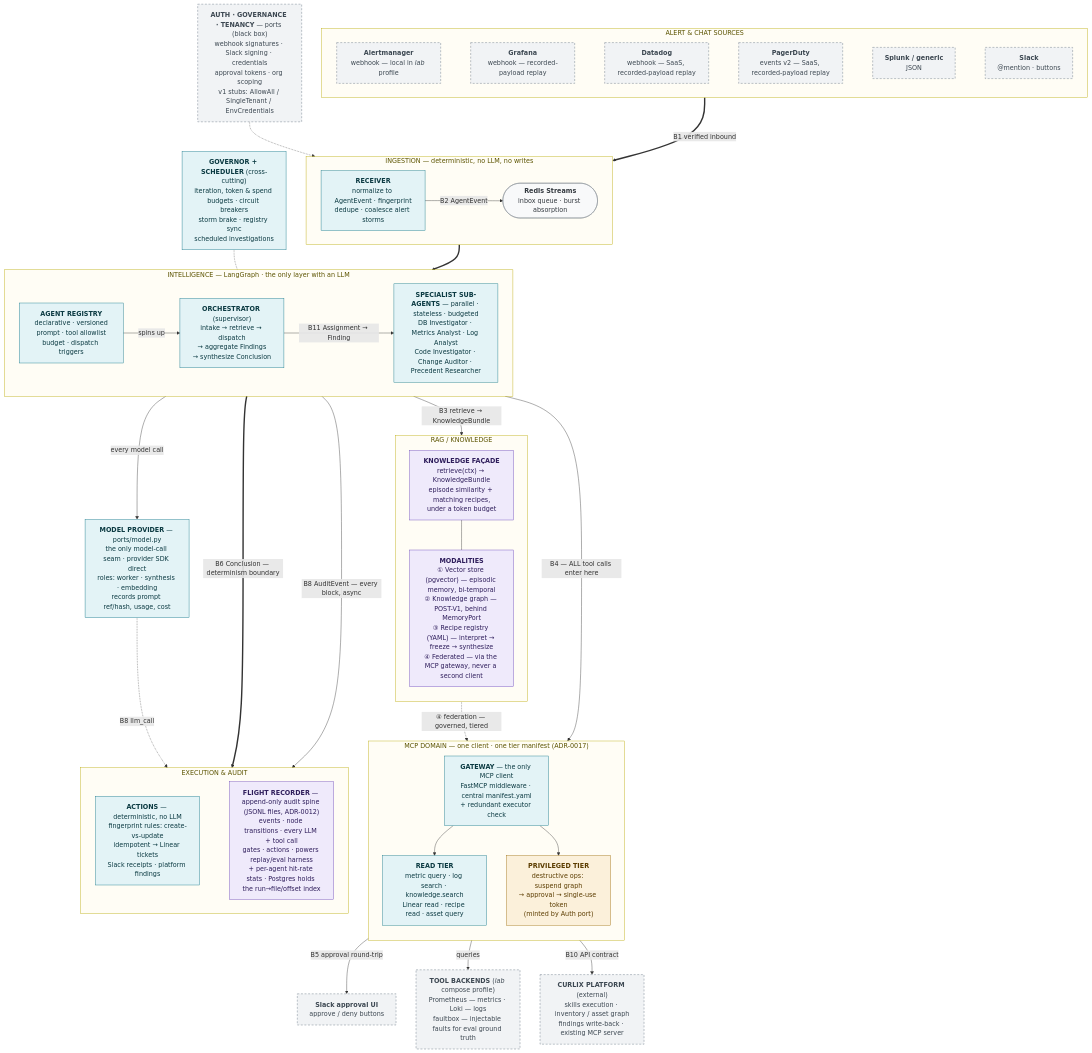
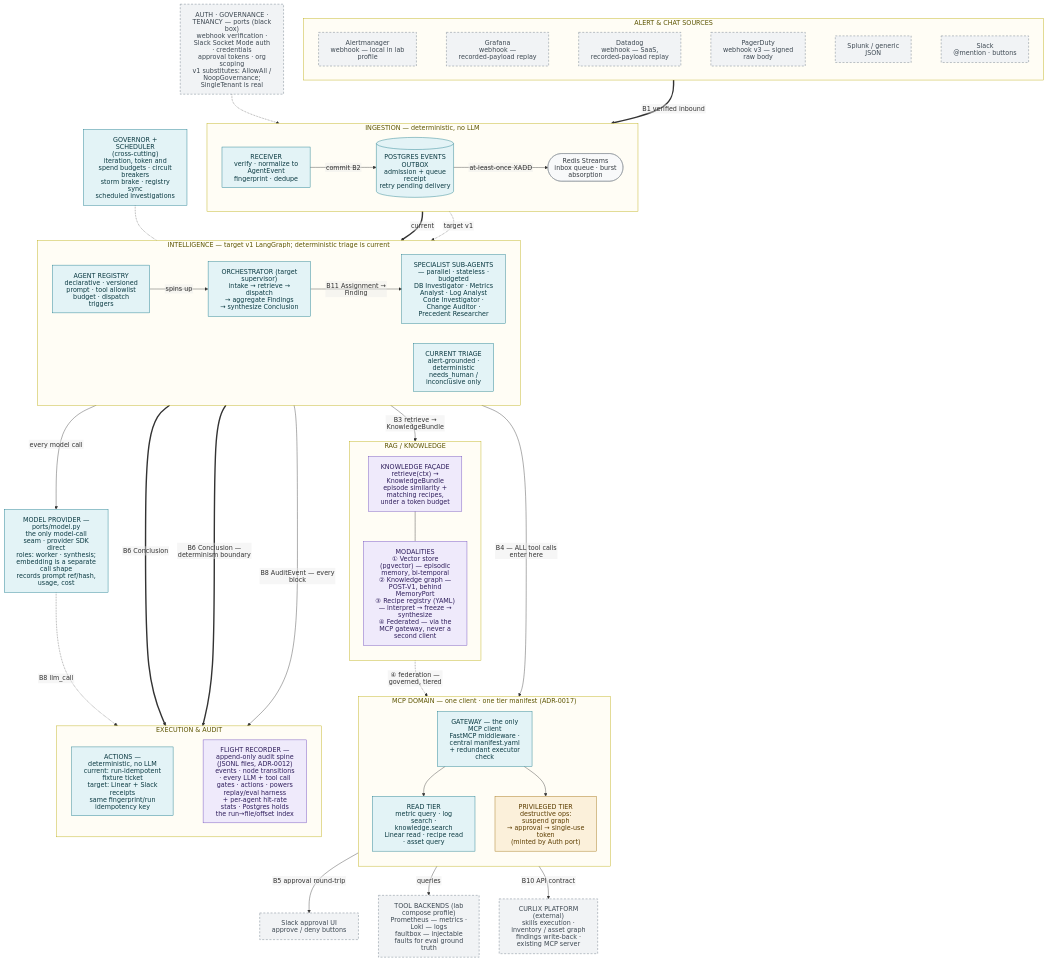
The diagram in architecture/smokejumper-architecture.mmd (neerazz/smokejumper), drawn with Mermaid before and after one commit. The commit also changed 50 other files, not shown here.

First line of the commit message:
fix: enforce durable event delivery invariants

```diff
--- a/architecture/smokejumper-architecture.mmd
+++ b/architecture/smokejumper-architecture.mmd
@@ -1,120 +1,130 @@
 %% Smokejumper — High-Level Architecture (v1, updated 2026-07-26)
 %% Viewpoint: layered container view of the agentic SRE messaging bot core.
 %% Audience: contributors (platform seam = B10). One question answered:
 %%   "What are the blocks, the boundary contracts between them, and which parts
 %%    are core (build) vs black-box ports (stubbed, platform provides later)?"
-%% Editing: this .mmd is the source of truth; re-render the SVG with:
-%%   npx -y @mermaid-js/mermaid-cli -i smokejumper-architecture.mmd -o smokejumper-architecture.svg
+%% Editing: this .mmd is the source of truth; re-render the portable SVG with:
+%%   python3 scripts/render_architecture.py
 %% Styling: teal = core (you build) · dashed grey = black-box port / external ·
 %%          amber = approval-gated · violet = knowledge / audit spine.
 %% Topology (SPEC decision 17): three deployed services — postgres+pgvector, redis, app.
 %%   There is no proxy tier: our MCP servers run inside the app process and the model
 %%   port calls the provider SDK directly. Post-v1, and therefore absent here: the
 %%   knowledge-graph tables with ≤2-hop expansion, and the Distiller.
 %% Governance invariant (ADR-0017): EVERY tool call — sub-agent or knowledge federation —
 %%   enters through GW. There is deliberately no edge that reaches CURLIX or a backend
 %%   without crossing the gateway first.
-%% B8 (AuditEvent): EVERY core block appends to the Flight Recorder async;
+%% B8 (AuditEvent): EVERY core block appends to the Flight Recorder;
 %%   drawn once from the Intelligence layer to keep the layout readable.
+%% Native SVG text is required so the committed render works outside browsers
+%% that support foreignObject (PDF/rsvg/GitHub sanitizers included).
+%%{init: {"htmlLabels": false, "themeCSS": "text { white-space: pre; }", "flowchart": {"htmlLabels": false}}}%%
 
 flowchart TB
+  accTitle: Smokejumper current and target v1 event flow
+  accDescr: Current deterministic triage is shown separately from the target LangGraph supervisor, with governed MCP tools, knowledge, actions, and the JSONL flight recorder.
 
   %% ═══ LAYER 1 · SOURCES ══════════════════════════════════════
   subgraph L1["  ALERT & CHAT SOURCES  "]
     direction LR
-    AM["<b>Alertmanager</b><br/>webhook — local in <i>lab</i> profile"]
-    GRAF["<b>Grafana</b><br/>webhook — recorded-payload replay"]
-    DD["<b>Datadog</b><br/>webhook — SaaS, recorded-payload replay"]
-    PD["<b>PagerDuty</b><br/>events v2 — SaaS, recorded-payload replay"]
-    GEN["<b>Splunk / generic</b><br/>JSON"]
-    SLACKIN["<b>Slack</b><br/>@mention · buttons"]
+    AM["Alertmanager<br/>webhook — local in lab profile"]
+    GRAF["Grafana<br/>webhook — recorded-payload replay"]
+    DD["Datadog<br/>webhook — SaaS, recorded-payload replay"]
+    PD["PagerDuty<br/>webhook v3 — signed raw body"]
+    GEN["Splunk / generic<br/>JSON"]
+    SLACKIN["Slack<br/>@mention · buttons"]
     AM ~~~ GRAF ~~~ DD ~~~ PD ~~~ GEN ~~~ SLACKIN
   end
 
   %% ═══ LAYER 2 · INGESTION ════════════════════════════════════
-  subgraph L2["  INGESTION — deterministic, no LLM, no writes  "]
+  subgraph L2["  INGESTION — deterministic, no LLM  "]
     direction LR
-    RECV["<b>RECEIVER</b><br/>normalize to AgentEvent · fingerprint<br/>dedupe · coalesce alert storms"]
-    QUEUE(["<b>Redis Streams</b><br/>inbox queue · burst absorption"])
-    RECV -- "B2 AgentEvent" --> QUEUE
+    RECV["RECEIVER<br/>verify · normalize to AgentEvent<br/>fingerprint · dedupe"]
+    OUTBOX[("POSTGRES EVENTS OUTBOX<br/>admission + queue receipt<br/>retry pending delivery")]
+    QUEUE(["Redis Streams<br/>inbox queue · burst absorption"])
+    RECV -- "commit B2" --> OUTBOX
+    OUTBOX -- "at-least-once XADD" --> QUEUE
   end
 
-  PORTS["<b>AUTH · GOVERNANCE · TENANCY</b> — ports (black box)<br/>webhook signatures · Slack signing · credentials<br/>approval tokens · org scoping<br/>v1 stubs: AllowAll / SingleTenant / EnvCredentials"]
+  PORTS["AUTH · GOVERNANCE · TENANCY — ports (black box)<br/>webhook verification · Slack Socket Mode auth · credentials<br/>approval tokens · org scoping<br/>v1 substitutes: AllowAll / NoopGovernance; SingleTenant is real"]
 
   %% ═══ LAYER 3 · INTELLIGENCE ═════════════════════════════════
-  subgraph L3["  INTELLIGENCE — LangGraph · the only layer with an LLM  "]
+  subgraph L3["  INTELLIGENCE — target v1 LangGraph; deterministic triage is current  "]
     direction LR
-    REG["<b>AGENT REGISTRY</b><br/>declarative · versioned<br/>prompt · tool allowlist<br/>budget · dispatch triggers"]
-    ORCH["<b>ORCHESTRATOR</b> (supervisor)<br/>intake → retrieve → dispatch<br/>→ aggregate Findings<br/>→ synthesize Conclusion"]
-    AGENTS["<b>SPECIALIST SUB-AGENTS</b> — parallel · stateless · budgeted<br/>DB Investigator · Metrics Analyst · Log Analyst<br/>Code Investigator · Change Auditor · Precedent Researcher"]
+    REG["AGENT REGISTRY<br/>declarative · versioned<br/>prompt · tool allowlist<br/>budget · dispatch triggers"]
+    ORCH["ORCHESTRATOR (target supervisor)<br/>intake → retrieve → dispatch<br/>→ aggregate Findings<br/>→ synthesize Conclusion"]
+    TRIAGE["CURRENT TRIAGE<br/>alert-grounded · deterministic<br/>needs_human / inconclusive only"]
+    AGENTS["SPECIALIST SUB-AGENTS — parallel · stateless · budgeted<br/>DB Investigator · Metrics Analyst · Log Analyst<br/>Code Investigator · Change Auditor · Precedent Researcher"]
     REG -- "spins up" --> ORCH
     ORCH -- "B11 Assignment → Finding" --> AGENTS
   end
 
-  GOVSCHED["<b>GOVERNOR + SCHEDULER</b> (cross-cutting)<br/>iteration, token &amp; spend budgets · circuit breakers<br/>storm brake · registry sync<br/>scheduled investigations"]
+  GOVSCHED["GOVERNOR + SCHEDULER (cross-cutting)<br/>iteration, token and spend budgets · circuit breakers<br/>storm brake · registry sync<br/>scheduled investigations"]
 
-  MODELS["<b>MODEL PROVIDER</b> — ports/model.py<br/>the only model-call seam · provider SDK direct<br/>roles: worker · synthesis · embedding<br/>records prompt ref/hash, usage, cost"]
+  MODELS["MODEL PROVIDER — ports/model.py<br/>the only model-call seam · provider SDK direct<br/>roles: worker · synthesis; embedding is a separate call shape<br/>records prompt ref/hash, usage, cost"]
 
   %% ═══ LAYER 4 · KNOWLEDGE & TOOLS ════════════════════════════
   subgraph L4K["  RAG / KNOWLEDGE  "]
     direction TB
-    FACADE["<b>KNOWLEDGE FAÇADE</b><br/>retrieve(ctx) → KnowledgeBundle<br/>episode similarity + matching recipes,<br/>under a token budget"]
-    MODS["<b>MODALITIES</b><br/>① Vector store (pgvector) — episodic memory, bi-temporal<br/>② Knowledge graph — POST-V1, behind MemoryPort<br/>③ Recipe registry (YAML) — interpret → freeze → synthesize<br/>④ Federated — via the MCP gateway, never a second client"]
+    FACADE["KNOWLEDGE FAÇADE<br/>retrieve(ctx) → KnowledgeBundle<br/>episode similarity + matching recipes,<br/>under a token budget"]
+    MODS["MODALITIES<br/>① Vector store (pgvector) — episodic memory, bi-temporal<br/>② Knowledge graph — POST-V1, behind MemoryPort<br/>③ Recipe registry (YAML) — interpret → freeze → synthesize<br/>④ Federated — via the MCP gateway, never a second client"]
     FACADE --- MODS
   end
 
   subgraph L4H["  MCP DOMAIN — one client · one tier manifest (ADR-0017)  "]
     direction TB
-    GW["<b>GATEWAY</b> — the only MCP client<br/>FastMCP middleware · central manifest.yaml<br/>+ redundant executor check"]
-    READT["<b>READ TIER</b><br/>metric query · log search · knowledge.search<br/>Linear read · recipe read · asset query"]
-    PRIVT["<b>PRIVILEGED TIER</b><br/>destructive ops: suspend graph<br/>→ approval → single-use token<br/>(minted by Auth port)"]
+    GW["GATEWAY — the only MCP client<br/>FastMCP middleware · central manifest.yaml<br/>+ redundant executor check"]
+    READT["READ TIER<br/>metric query · log search · knowledge.search<br/>Linear read · recipe read · asset query"]
+    PRIVT["PRIVILEGED TIER<br/>destructive ops: suspend graph<br/>→ approval → single-use token<br/>(minted by Auth port)"]
     GW --> READT
     GW --> PRIVT
   end
 
-  BACKENDS["<b>TOOL BACKENDS</b> (<i>lab</i> compose profile)<br/>Prometheus — metrics · Loki — logs<br/>faultbox — injectable faults for eval ground truth"]
+  BACKENDS["TOOL BACKENDS (lab compose profile)<br/>Prometheus — metrics · Loki — logs<br/>faultbox — injectable faults for eval ground truth"]
 
-  APPROVE["<b>Slack approval UI</b><br/>approve / deny buttons"]
+  APPROVE["Slack approval UI<br/>approve / deny buttons"]
 
   %% ═══ LAYER 5 · EXECUTION & AUDIT ════════════════════════════
   subgraph L5["  EXECUTION & AUDIT  "]
     direction LR
-    ACT["<b>ACTIONS</b> — deterministic, no LLM<br/>fingerprint rules: create-vs-update<br/>idempotent → Linear tickets<br/>Slack receipts · platform findings"]
-    FR["<b>FLIGHT RECORDER</b> — append-only audit spine (JSONL files, ADR-0012)<br/>events · node transitions · every LLM + tool call<br/>gates · actions · powers replay/eval harness<br/>+ per-agent hit-rate stats · Postgres holds the run→file/offset index"]
+    ACT["ACTIONS — deterministic, no LLM<br/>current: run-idempotent fixture ticket<br/>target: Linear + Slack receipts<br/>same fingerprint/run idempotency key"]
+    FR["FLIGHT RECORDER — append-only audit spine (JSONL files, ADR-0012)<br/>events · node transitions · every LLM + tool call<br/>gates · actions · powers replay/eval harness<br/>+ per-agent hit-rate stats · Postgres holds the run→file/offset index"]
     ACT ~~~ FR
   end
 
-  CURLIX["<b>CURLIX PLATFORM</b> (external)<br/>skills execution · inventory / asset graph<br/>findings write-back · existing MCP server"]
+  CURLIX["CURLIX PLATFORM (external)<br/>skills execution · inventory / asset graph<br/>findings write-back · existing MCP server"]
 
   %% ═══ Primary path (bold) ════════════════════════════════════
   L1 == "B1 verified inbound" ==> RECV
-  QUEUE ==> ORCH
+  QUEUE == "current" ==> TRIAGE
+  QUEUE -. "target v1" .-> ORCH
+  TRIAGE == "B6 Conclusion" ==> ACT
   ORCH == "B6 Conclusion — determinism boundary" ==> ACT
 
   %% ═══ Secondary paths ══════════════════════════════════════
   PORTS -.-> RECV
   ORCH -- "B3 retrieve → KnowledgeBundle" --> FACADE
   AGENTS -- "B4 — ALL tool calls enter here" --> GW
   L3 -- "every model call" --> MODELS
   PRIVT -- "B5 approval round-trip" --> APPROVE
   READT -- "queries" --> BACKENDS
   READT -- "B10 API contract" --> CURLIX
   MODS -. "④ federation — governed, tiered" .-> GW
-  L3 -- "B8 AuditEvent — every block, async" --> FR
+  L3 -- "B8 AuditEvent — every block" --> FR
   MODELS -. "B8 llm_call" .-> FR
   GOVSCHED -.- L3
 
   %% ═══ Styling ════════════════════════════════════════════════
   classDef core fill:#e3f3f6,stroke:#0b7285,color:#0b3a42;
   classDef port fill:#f1f3f5,stroke:#5b6b7a,stroke-dasharray:5 4,color:#3d4852;
   classDef gate fill:#fbf0da,stroke:#9a6700,color:#5c3d00;
   classDef learn fill:#efeafb,stroke:#6741b8,color:#2f1e5c;
   classDef queue fill:#f8f9fa,stroke:#868e96,color:#343a40;
   classDef layer fill:#fffdf5,stroke:#b8a800,color:#5c5400;
 
-  class RECV,ORCH,REG,AGENTS,GW,READT,ACT,GOVSCHED,MODELS core;
+  class RECV,OUTBOX,TRIAGE,ORCH,REG,AGENTS,GW,READT,ACT,GOVSCHED,MODELS core;
   class PORTS,CURLIX,AM,GRAF,DD,PD,GEN,SLACKIN,APPROVE,BACKENDS port;
   class PRIVT gate;
   class FACADE,MODS,FR learn;
   class QUEUE queue;
   class L1,L2,L3,L4K,L4H,L5 layer;
```
